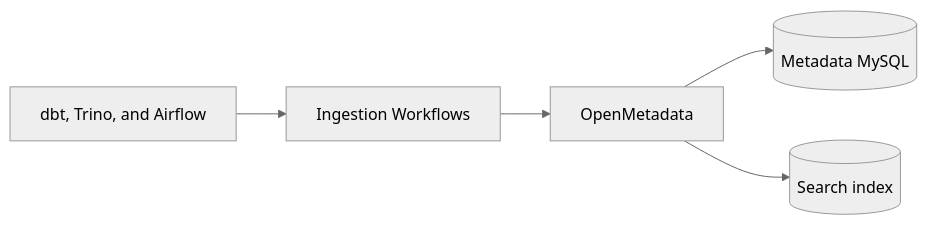
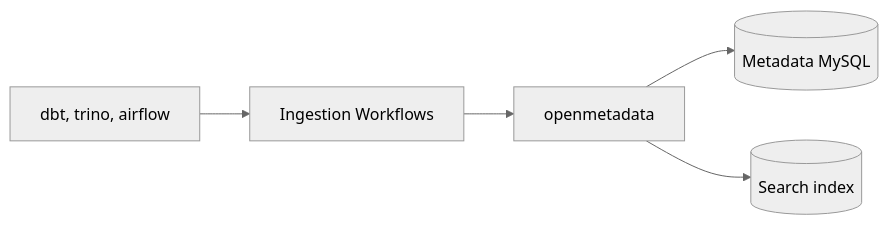
Before and after one commit to paulchen8206/Full-Stack-Modern-Data-Architecture-and-Engineering: the first of 2 diagrams in platform-services/metadata/readme.md, drawn with Mermaid (neutral theme). The commit also changed other lines of this file and 18 other files, not shown here.

````diff
--- a/platform-services/metadata/readme.md
+++ b/platform-services/metadata/readme.md
@@ -23,13 +23,13 @@
 ```mermaid
 flowchart LR
-	OM[OpenMetadata]
+	OM[openmetadata]
 	DB[(Metadata MySQL)]
 	ES[(Search index)]
 	INGEST[Ingestion Workflows]
-	SOURCES[dbt, Trino, and Airflow]
+	SOURCES[dbt, trino, airflow]
 
 	OM --> DB
 	OM --> ES
 	INGEST --> OM
 	SOURCES --> INGEST
 ```
````
